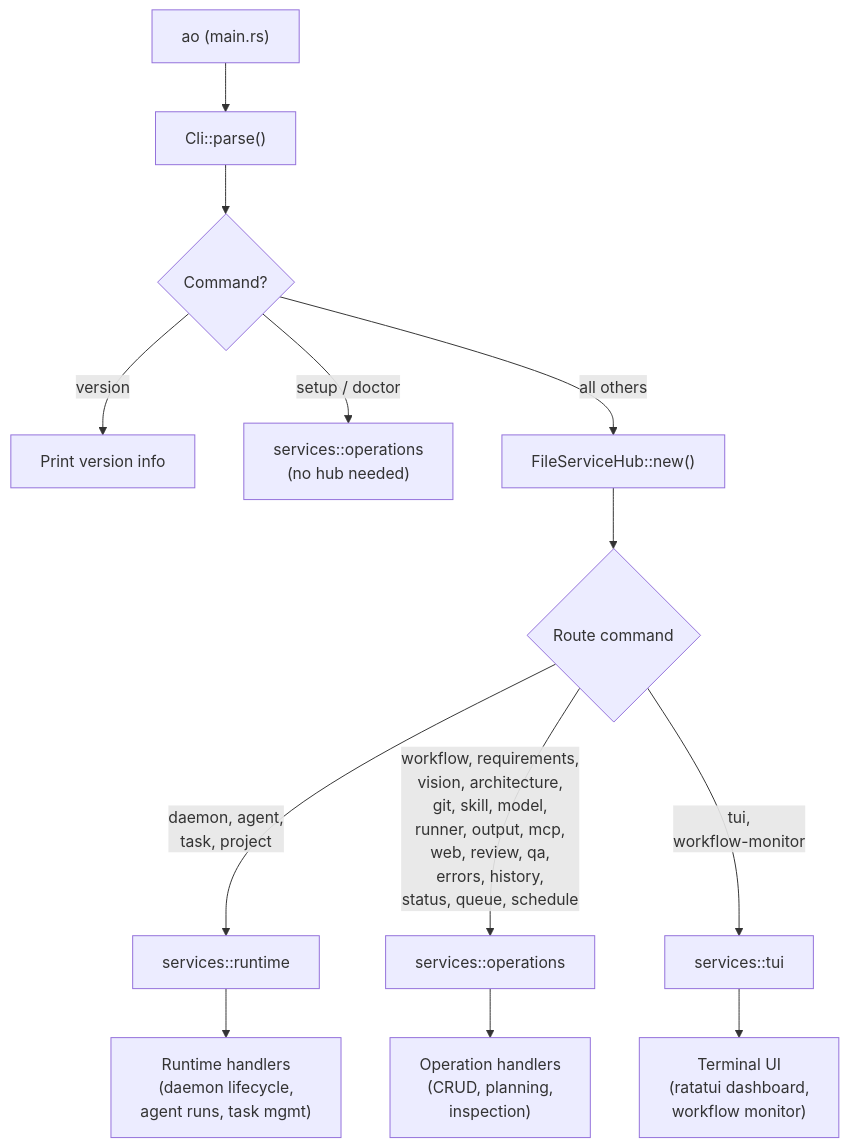
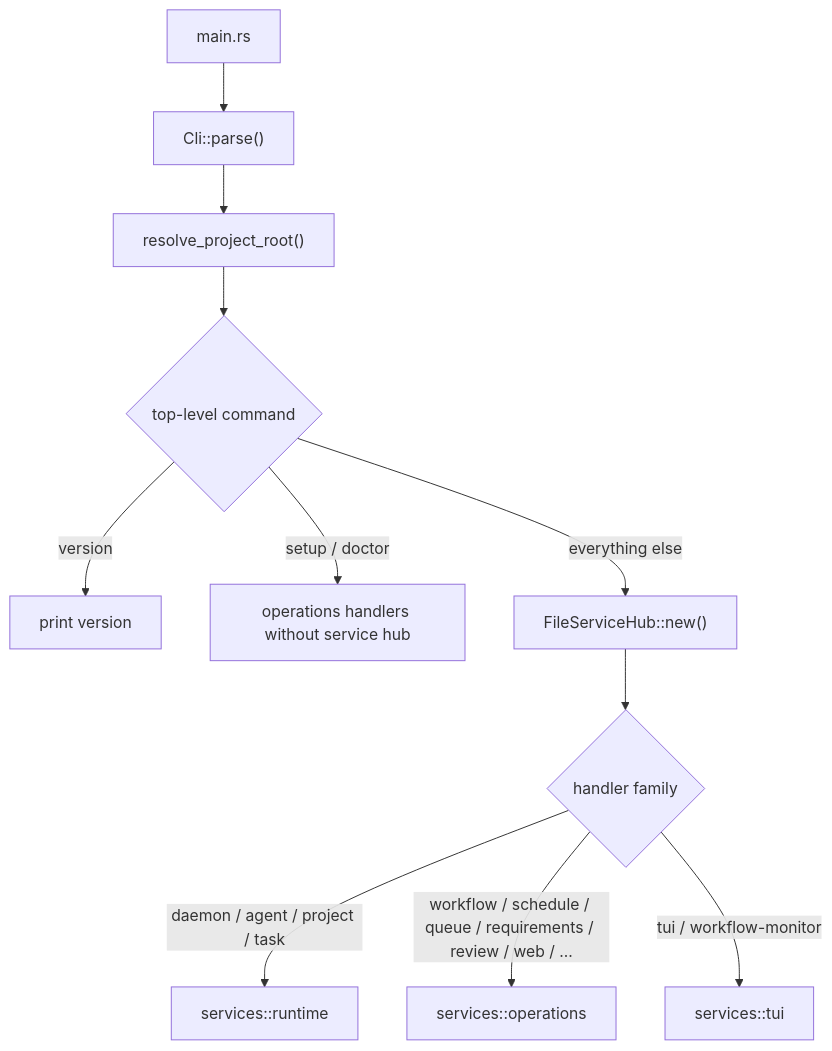
Before and after one commit to launchapp-dev/animus-cli: the first of 3 diagrams in crates/orchestrator-cli/README.md, drawn with Mermaid. The commit also changed other lines of this file and 15 other files, not shown here.

````diff
--- a/crates/orchestrator-cli/README.md
+++ b/crates/orchestrator-cli/README.md
@@ -15,16 +21,15 @@
 ```mermaid
 flowchart TD
-    A["ao (main.rs)"] --> B["Cli::parse()"]
-    B --> C{Command?}
-    C -->|version| V["Print version info"]
-    C -->|setup / doctor| D["services::operations\n(no hub needed)"]
-    C -->|all others| E["FileServiceHub::new()"]
-    E --> F{Route command}
-    F -->|daemon, agent,\n task, project| G["services::runtime"]
-    F -->|workflow, requirements,\n vision, architecture,\n git, skill, model,\n runner, output, mcp,\n web, review, qa,\n errors, history,\n status, queue, schedule| H["services::operations"]
-    F -->|tui,\n workflow-monitor| I["services::tui"]
+    MAIN["main.rs"] --> PARSE["Cli::parse()"]
+    PARSE --> ROOT["resolve_project_root()"]
+    ROOT --> CMD{"top-level command"}
 
-    G --> J["Runtime handlers\n(daemon lifecycle,\nagent runs, task mgmt)"]
-    H --> K["Operation handlers\n(CRUD, planning,\n inspection)"]
-    I --> L["Terminal UI\n(ratatui dashboard,\n workflow monitor)"]
+    CMD -->|version| VER["print version"]
+    CMD -->|setup / doctor| EARLY["operations handlers without service hub"]
+    CMD -->|everything else| HUB["FileServiceHub::new()"]
+
+    HUB --> ROUTE{"handler family"}
+    ROUTE -->|daemon / agent / project / task| RT["services::runtime"]
+    ROUTE -->|workflow / schedule / queue / requirements / review / web / ...| OPS["services::operations"]
+    ROUTE -->|tui / workflow-monitor| TUI["services::tui"]
 ```
````
